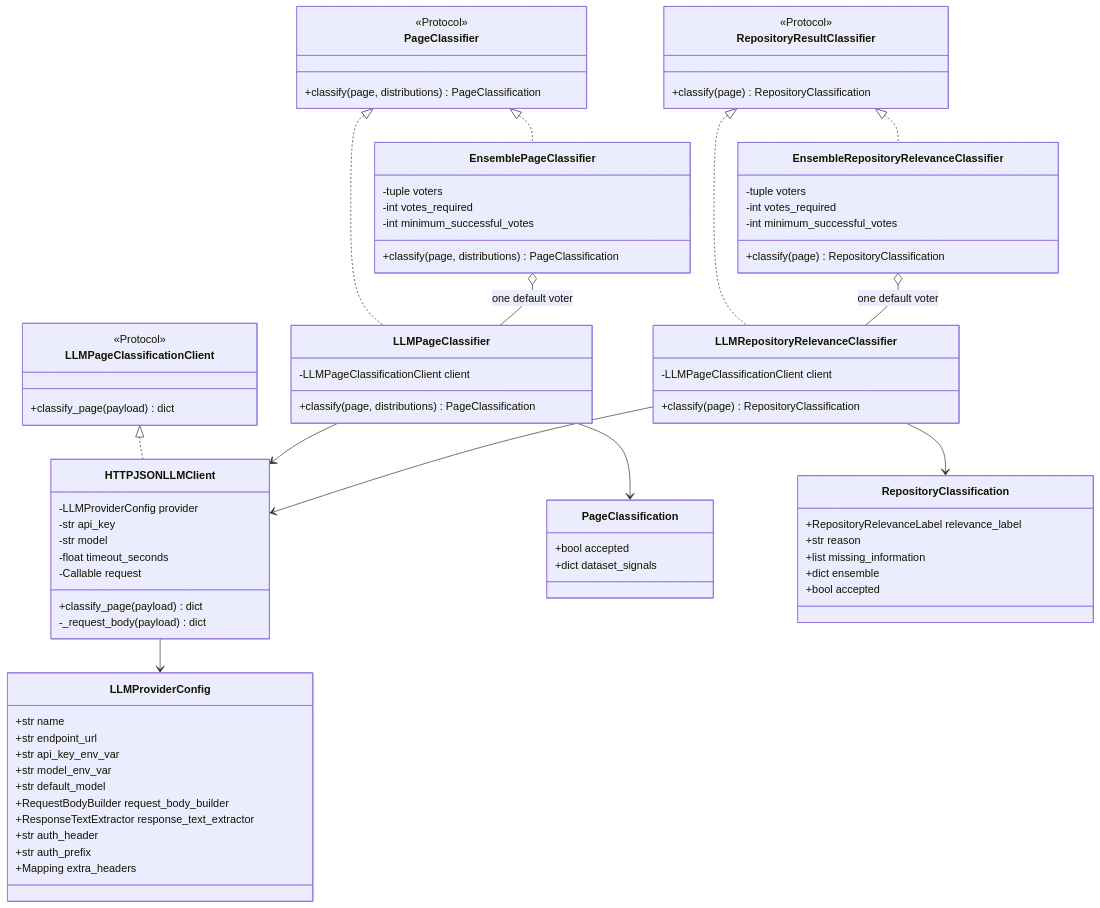
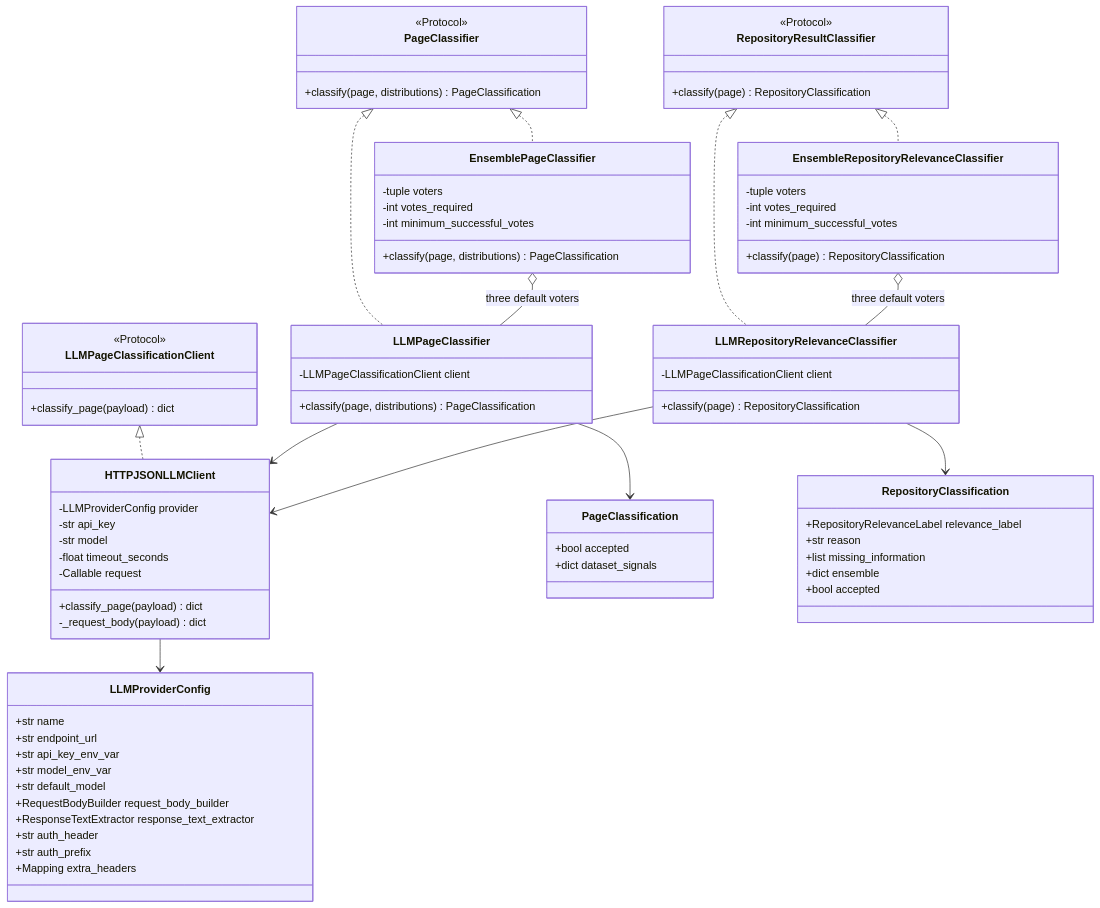
The second of 5 diagrams in docs/classification-architecture.md (nicolasberlin/global-health-dataset-catalog), drawn with Mermaid before and after one commit. The commit also changed other lines of this file and 52 other files, not shown here.

````diff
--- a/docs/classification-architecture.md
+++ b/docs/classification-architecture.md
@@ -149,8 +136,8 @@
     HTTPJSONLLMClient --> LLMProviderConfig
     LLMPageClassifier --> HTTPJSONLLMClient
     LLMRepositoryRelevanceClassifier --> HTTPJSONLLMClient
-    EnsemblePageClassifier o-- LLMPageClassifier : one default voter
-    EnsembleRepositoryRelevanceClassifier o-- LLMRepositoryRelevanceClassifier : one default voter
+    EnsemblePageClassifier o-- LLMPageClassifier : three default voters
+    EnsembleRepositoryRelevanceClassifier o-- LLMRepositoryRelevanceClassifier : three default voters
     LLMPageClassifier --> PageClassification
     LLMRepositoryRelevanceClassifier --> RepositoryClassification
 ```
````
